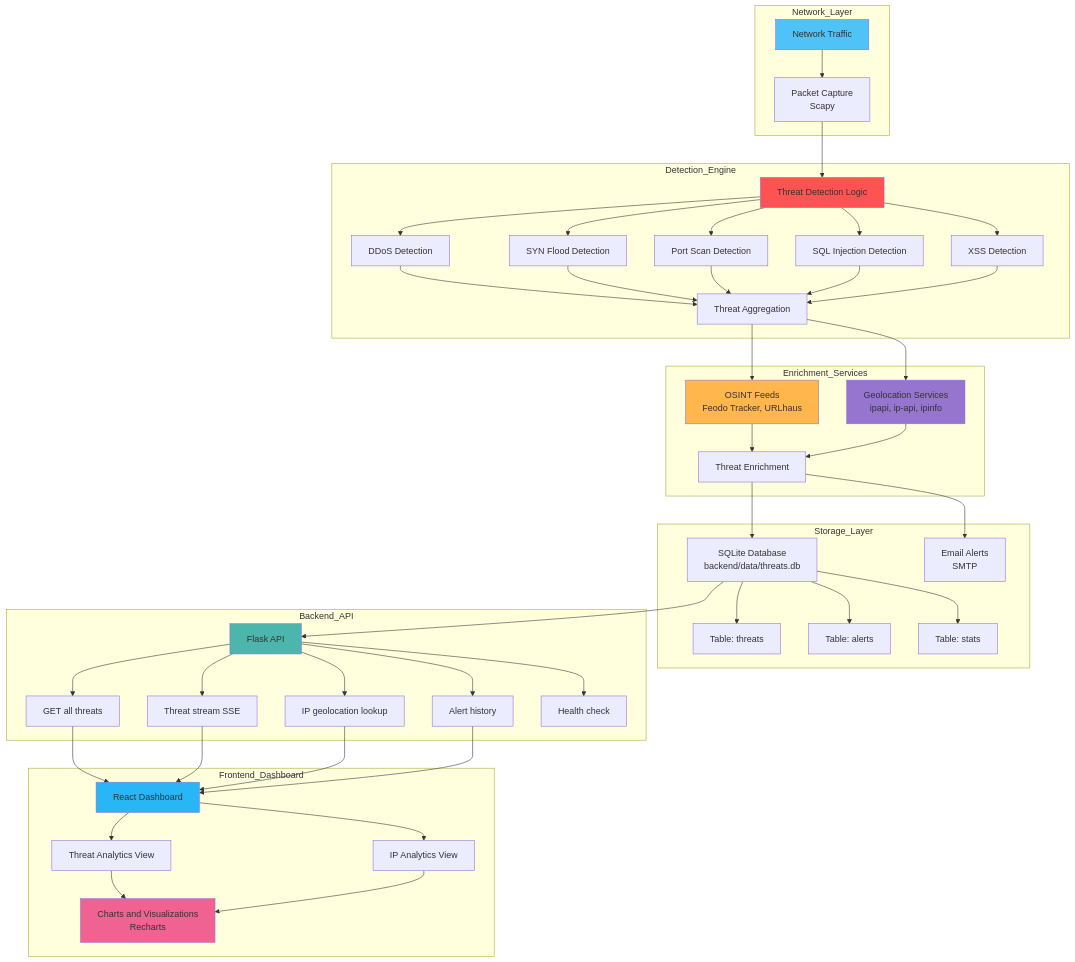
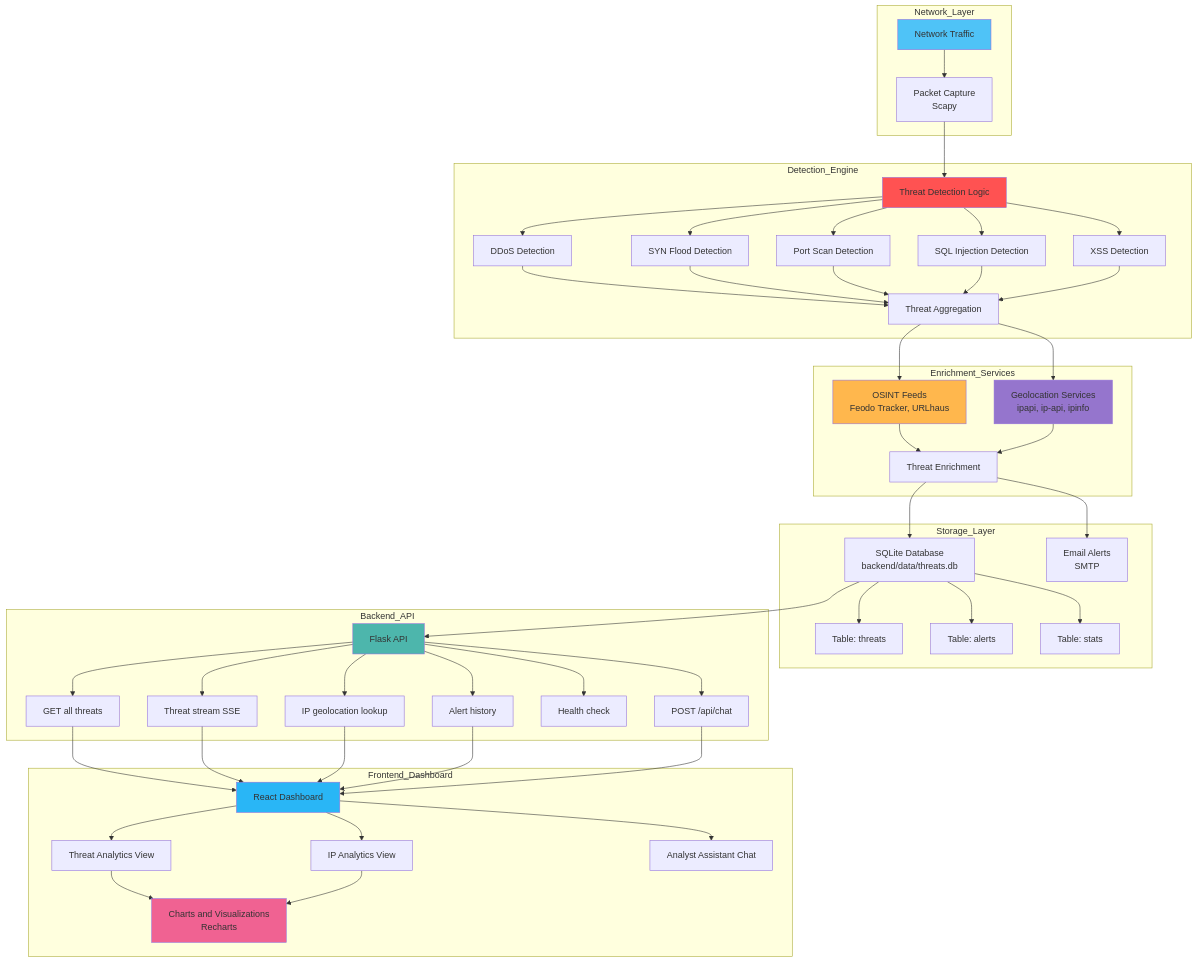
Before and after one commit to YuvaBhargav/network-threat-detection-platform-: the first of 2 diagrams in README.md, drawn with Mermaid. The commit also changed other lines of this file, not shown here.

````diff
--- a/README.md
+++ b/README.md
@@ -31,64 +31,67 @@
 ```mermaid
 flowchart TB
     subgraph Network_Layer
         A[Network Traffic] --> B[Packet Capture<br>Scapy]
     end
 
     subgraph Detection_Engine
         B --> C[Threat Detection Logic]
         C --> D1[DDoS Detection]
         C --> D2[SYN Flood Detection]
         C --> D3[Port Scan Detection]
         C --> D4[SQL Injection Detection]
         C --> D5[XSS Detection]
         D1 --> E[Threat Aggregation]
         D2 --> E
         D3 --> E
         D4 --> E
         D5 --> E
     end
 
     subgraph Enrichment_Services
         E --> F1[OSINT Feeds<br>Feodo Tracker, URLhaus]
         E --> F2[Geolocation Services<br>ipapi, ip-api, ipinfo]
         F1 --> G[Threat Enrichment]
         F2 --> G
     end
 
     subgraph Storage_Layer
         G --> H1[SQLite Database<br>backend/data/threats.db]
         H1 --> H1a[Table: threats]
         H1 --> H1b[Table: alerts]
         H1 --> H1c[Table: stats]
         G --> H3[Email Alerts<br>SMTP]
     end
 
     subgraph Backend_API
         H1 --> I[Flask API]
         I --> J1[GET all threats]
         I --> J2[Threat stream SSE]
         I --> J3[IP geolocation lookup]
         I --> J4[Alert history]
         I --> J5[Health check]
+        I --> J6[POST /api/chat]
     end
 
     subgraph Frontend_Dashboard
         J1 --> K[React Dashboard]
         J2 --> K
         J3 --> K
         J4 --> K
+        J6 --> K
         K --> L1[Threat Analytics View]
         K --> L2[IP Analytics View]
+        K --> L3[Analyst Assistant Chat]
         L1 --> M[Charts and Visualizations<br>Recharts]
         L2 --> M
     end
 
     style A fill:#4fc3f7
     style C fill:#ff5252
     style F1 fill:#ffb74d
     style F2 fill:#9575cd
     style I fill:#4db6ac
     style K fill:#29b6f6
     style M fill:#f06292
 
 ```
````
